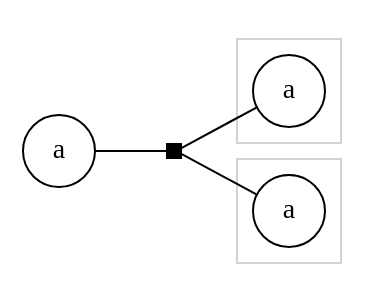
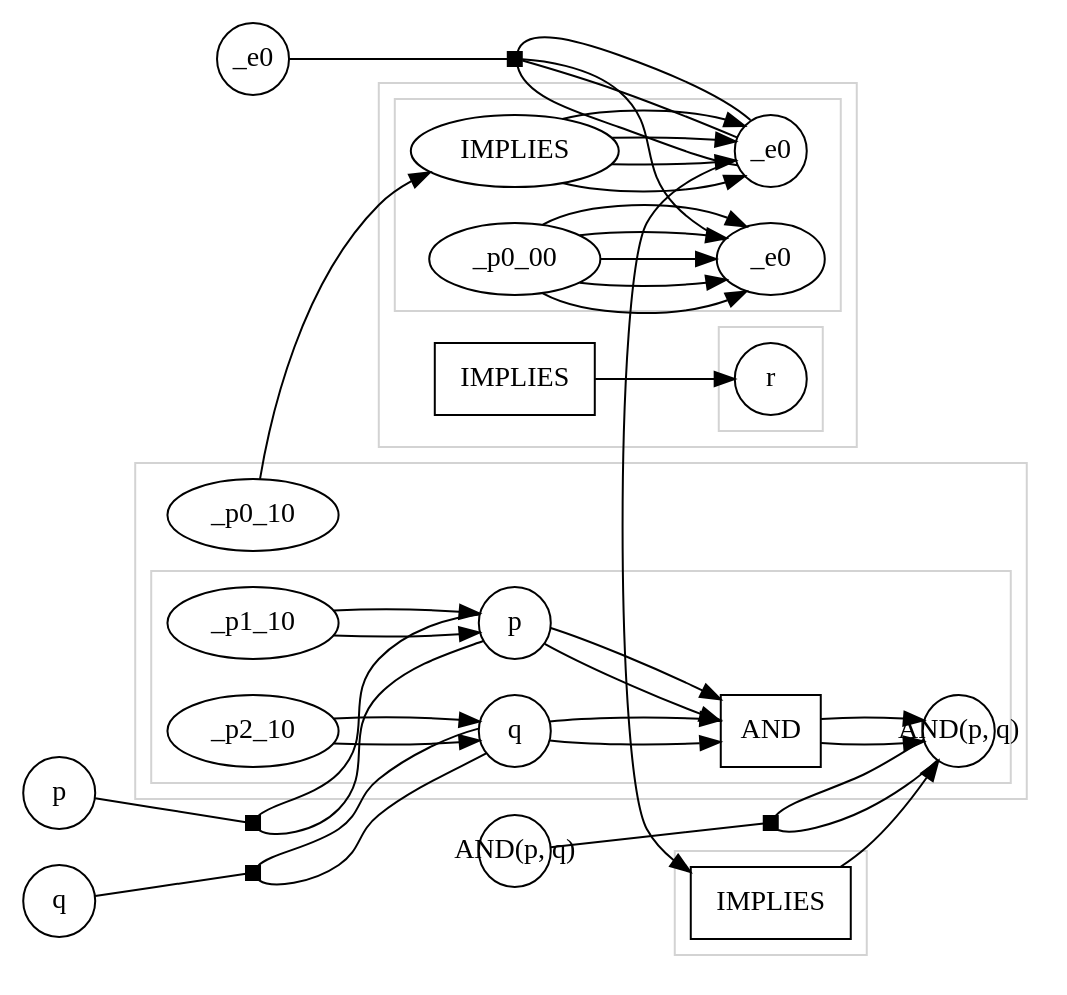
The diagram in examples/out/dot/unified.dot (gsileno/lppneu), drawn with Graphviz before and after one commit. The commit also changed 10 other files, not shown here.

```diff
--- a/examples/out/dot/unified.dot
+++ b/examples/out/dot/unified.dot
@@ -1,35 +1,170 @@
 digraph G {
   rankdir="LR";
 
   subgraph place {
     node [shape=circle,fixedsize=true,width=.5];
-    _p0 [label="a"] ;
+    _p0 [label="_e0"] ;
+    _p1 [label="AND(p, q)"] ;
+    _p2 [label="p"] ;
+    _p3 [label="q"] ;
   } 
 
   subgraph transitions {
     node [shape=rect,height=.5,width=.5];
     _t0 [label="",height=.1,width=.1,style=filled,width=.1,color=black] ;
+    _t1 [label="",height=.1,width=.1,style=filled,width=.1,color=black] ;
+    _t2 [label="",height=.1,width=.1,style=filled,width=.1,color=black] ;
+    _t3 [label="",height=.1,width=.1,style=filled,width=.1,color=black] ;
   } 
 
   subgraph cluster_0 {
     color=lightgray ;
 
-    subgraph place {
-      node [shape=circle,fixedsize=true,width=.5];
-      _p0_0 [label="a"] ;
+    subgraph transitions {
+      node [shape=rect,height=.5,width=.5];
+      _t0_0 [label="IMPLIES"] ;
     } 
+
+    subgraph cluster0_0 {
+      color=lightgray ;
+
+      subgraph place {
+        node [shape=circle,fixedsize=true,width=.5];
+        _p0_01 [label="r"] ;
+      } 
+    }
+
+    subgraph cluster0_1 {
+      color=lightgray ;
+
+      subgraph place {
+        node [shape=circle,fixedsize=true,width=.5];
+        _p0_20 [label="_e0"] ;
+      } 
+
+      _t0_1 -> _p0_20 [] ;
+      _p0_00 -> _p0_11 [] ;
+    }
+
+    subgraph cluster0_2 {
+      color=lightgray ;
+
+      subgraph place {
+        node [shape=circle,fixedsize=true,width=.5];
+        _p0_11 [label="_e0"] ;
+      } 
+
+      _p0_00 -> _p0_11 [] ;
+    }
+
+    _p0_00 -> _p0_11 [] ;
+    _t0_0 -> _p0_01 [] ;
   }
 
   subgraph cluster_1 {
     color=lightgray ;
 
-    subgraph place {
-      node [shape=circle,fixedsize=true,width=.5];
-      _p0_1 [label="a"] ;
+    subgraph transitions {
+      node [shape=rect,height=.5,width=.5];
+      _t0_1 [label="IMPLIES"] ;
     } 
+
+    subgraph cluster1_0 {
+      color=lightgray ;
+
+      subgraph place {
+        node [shape=circle,fixedsize=true,width=.5];
+        _p0_21 [label="AND(p, q)"] ;
+        _p1_21 [label="p"] ;
+        _p2_21 [label="q"] ;
+      } 
+
+      subgraph transitions {
+        node [shape=rect,height=.5,width=.5];
+        _t0_21 [label="AND"] ;
+      } 
+
+      _t0_21 -> _p0_21 [] ;
+      _p1_21 -> _t0_21 [] ;
+      _p2_21 -> _t0_21 [] ;
+      _p1_10 -> _p1_21 [] ;
+      _p2_10 -> _p2_21 [] ;
+    }
+
+    subgraph cluster1_1 {
+      color=lightgray ;
+
+      subgraph place {
+        node [shape=circle,fixedsize=true,width=.5];
+        _p0_20 [label="_e0"] ;
+      } 
+
+      _t0_1 -> _p0_20 [] ;
+      _p0_00 -> _p0_11 [] ;
+    }
+
+    _p0_10 -> _t0_1 [] ;
+    _t0_1 -> _p0_20 [] ;
+  }
+
+  subgraph cluster_2 {
+    color=lightgray ;
+
+    subgraph transitions {
+      node [shape=rect,height=.5,width=.5];
+      _t0_2 [label="IMPLIES"] ;
+    } 
+
+    subgraph cluster2_0 {
+      color=lightgray ;
+
+      subgraph place {
+        node [shape=circle,fixedsize=true,width=.5];
+        _p0_20 [label="_e0"] ;
+      } 
+
+      _t0_1 -> _p0_20 [] ;
+      _p0_00 -> _p0_11 [] ;
+    }
+
+    subgraph cluster2_1 {
+      color=lightgray ;
+
+      subgraph place {
+        node [shape=circle,fixedsize=true,width=.5];
+        _p0_21 [label="AND(p, q)"] ;
+        _p1_21 [label="p"] ;
+        _p2_21 [label="q"] ;
+      } 
+
+      subgraph transitions {
+        node [shape=rect,height=.5,width=.5];
+        _t0_21 [label="AND"] ;
+      } 
+
+      _t0_21 -> _p0_21 [] ;
+      _p1_21 -> _t0_21 [] ;
+      _p2_21 -> _t0_21 [] ;
+      _p1_10 -> _p1_21 [] ;
+      _p2_10 -> _p2_21 [] ;
+    }
+
+    _p0_20 -> _t0_2 [] ;
+    _t0_2 -> _p0_21 [] ;
   }
 
   _p0 -> _t0 [arrowhead=none] ;
-  _t0 -> _p0_0 [arrowhead=none] ;
-  _t0 -> _p0_1 [arrowhead=none] ;
+  _t0 -> _p0_20 [arrowhead=none] ;
+  _t0 -> _p0_11 [arrowhead=none] ;
+  _t0 -> _p0_20 [arrowhead=none] ;
+  _t0 -> _p0_20 [arrowhead=none] ;
+  _p1 -> _t1 [arrowhead=none] ;
+  _t1 -> _p0_21 [arrowhead=none] ;
+  _t1 -> _p0_21 [arrowhead=none] ;
+  _p2 -> _t2 [arrowhead=none] ;
+  _t2 -> _p1_21 [arrowhead=none] ;
+  _t2 -> _p1_21 [arrowhead=none] ;
+  _p3 -> _t3 [arrowhead=none] ;
+  _t3 -> _p2_21 [arrowhead=none] ;
+  _t3 -> _p2_21 [arrowhead=none] ;
 }
```
